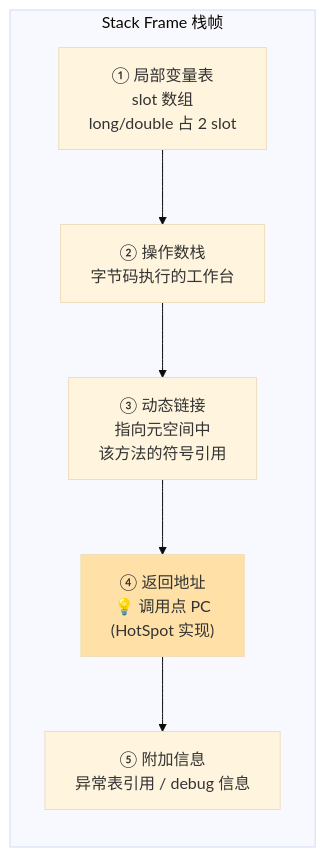
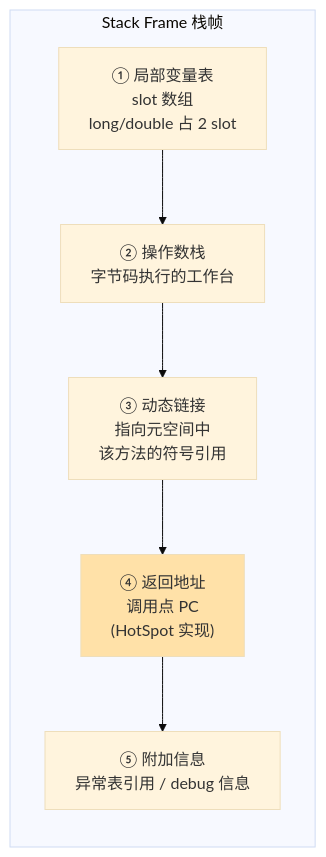
One commit to b1tzer/b1tzer.github.io changed the second of 2 diagrams in docs/01-java-basic/03-JVM/17-jvm-memory-layout.md. Above: the diagram before and after it, drawn with Mermaid (base theme). The commit also changed other lines of this file and 22 other files, not shown here.

````diff
--- a/docs/01-java-basic/03-JVM/17-jvm-memory-layout.md
+++ b/docs/01-java-basic/03-JVM/17-jvm-memory-layout.md
@@ -299,16 +299,16 @@
 ```mermaid
 flowchart LR
     subgraph Frame["Stack Frame 栈帧"]
         LVT["① 局部变量表<br/>slot 数组<br/>long/double 占 2 slot"]
         OS["② 操作数栈<br/>字节码执行的工作台"]
         DL["③ 动态链接<br/>指向元空间中<br/>该方法的符号引用"]
-        RA["④ 返回地址<br/>💡 调用点 PC<br/>(HotSpot 实现)"]
+        RA["④ 返回地址<br/>调用点 PC<br/>(HotSpot 实现)"]
         AI["⑤ 附加信息<br/>异常表引用 / debug 信息"]
     end
     LVT --> OS
     OS --> DL
     DL --> RA
     RA --> AI
 
     style RA fill:#ffe1a8
 ```
````
